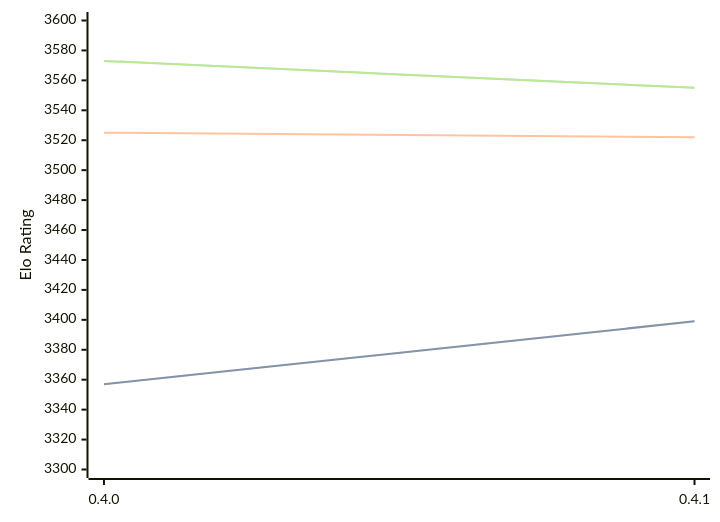
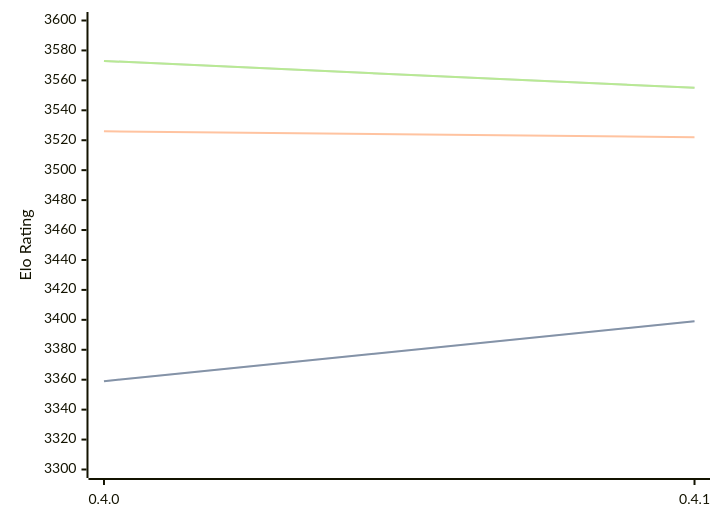
One commit to computer-chess-index/cci changed the diagram in engines/Cinder.md. Above: the diagram before and after it, drawn with Mermaid. The commit also changed other lines of this file, not shown here.

````diff
--- a/engines/Cinder.md
+++ b/engines/Cinder.md
@@ -40,11 +40,11 @@
 ```mermaid
 %%{init: {"theme":"base","themeVariables":{"seriesColors:['#a3a3a3','#222221','#faa371']}}}%%
 xychart-beta
   x-axis ["0.4.0", "0.4.1"]
   y-axis "Elo Rating" 3300 --> 3600
-  line "STC (8.0+0.08s)" [3357, 3399]
-  line "STC (8.0+0.08s)" [3357, 3399]
-  line "LTC (60.0+0.60s)" [3525, 3522]
+  line "STC (8.0+0.08s)" [3359, 3399]
+  line "STC (8.0+0.08s)" [3359, 3399]
+  line "LTC (60.0+0.60s)" [3526, 3522]
   line "VLTC (2m24s+1.12s)" [3573, 3555]
   line "VLTC (2m24s+1.12s)" [3573, 3555]
 ```
````
